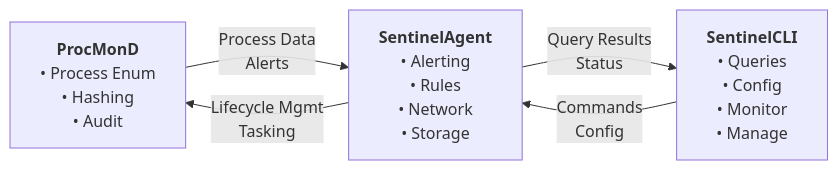
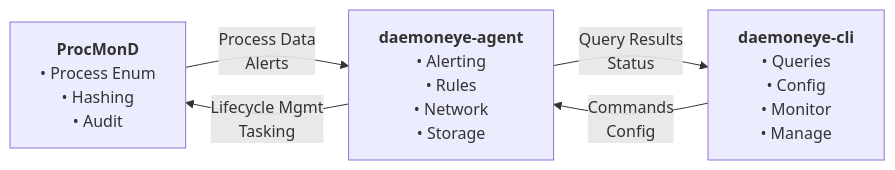
One commit to EvilBit-Labs/DaemonEye changed the diagram in docs/src/technical.md. Above: the diagram before and after it, drawn with Mermaid. The commit also changed other lines of this file and 24 other files, not shown here.

````diff
--- a/docs/src/technical.md
+++ b/docs/src/technical.md
@@ -43,7 +43,7 @@
 ```mermaid
 graph LR
-    A[<b>ProcMonD</b><br/>• Process Enum<br/>• Hashing<br/>• Audit] -->|Process Data<br/>Alerts| B[<b>SentinelAgent</b><br/>• Alerting<br/>• Rules<br/>• Network<br/>• Storage]
+    A[<b>ProcMonD</b><br/>• Process Enum<br/>• Hashing<br/>• Audit] -->|Process Data<br/>Alerts| B[<b>daemoneye-agent</b><br/>• Alerting<br/>• Rules<br/>• Network<br/>• Storage]
     B -->|Lifecycle Mgmt<br/>Tasking| A
-    B -->|Query Results<br/>Status| C[<b>SentinelCLI</b><br/>• Queries<br/>• Config<br/>• Monitor<br/>• Manage]
+    B -->|Query Results<br/>Status| C[<b>daemoneye-cli</b><br/>• Queries<br/>• Config<br/>• Monitor<br/>• Manage]
     C -->|Commands<br/>Config| B
 ```
````
